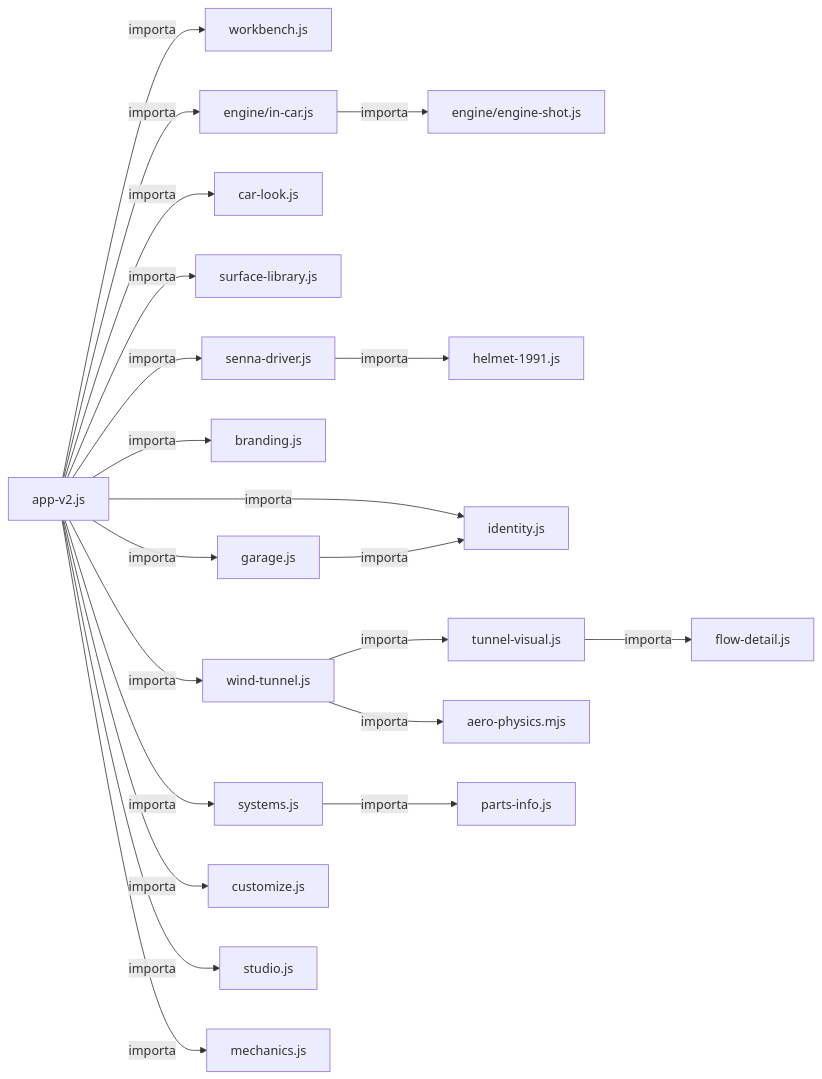
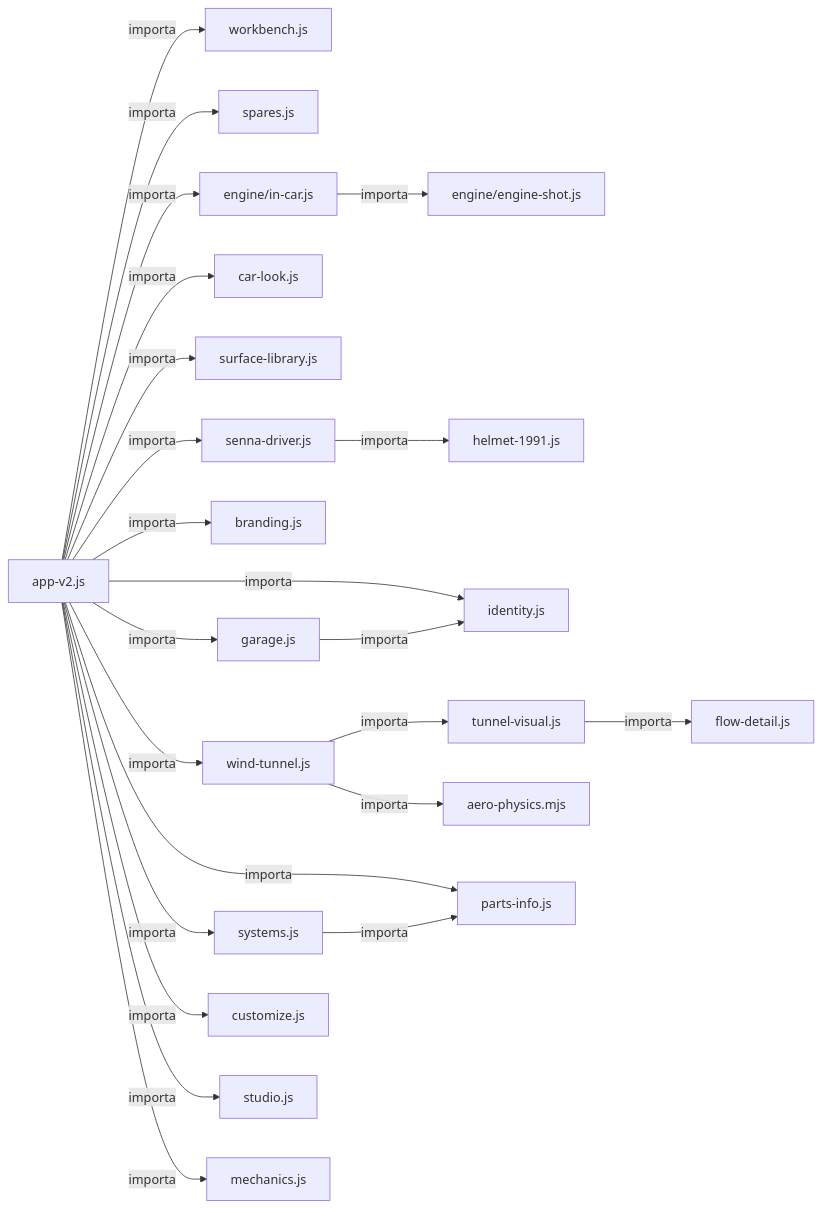
The first of 3 diagrams in docs/mapas/GRAFOS.md (igormorais123/INTEIA-laboratorio-3d), drawn with Mermaid before and after one commit. The commit also changed other lines of this file and 29 other files, not shown here.

````diff
--- a/docs/mapas/GRAFOS.md
+++ b/docs/mapas/GRAFOS.md
@@ -9,43 +9,46 @@
 ```mermaid
 flowchart LR
   n0["aero-physics.mjs"]
   n1["app-v2.js"]
   n2["branding.js"]
   n3["car-look.js"]
   n4["customize.js"]
   n5["engine/engine-shot.js"]
   n6["engine/in-car.js"]
   n7["flow-detail.js"]
   n8["garage.js"]
   n9["helmet-1991.js"]
   n10["identity.js"]
   n11["mechanics.js"]
   n12["parts-info.js"]
   n13["senna-driver.js"]
-  n14["studio.js"]
-  n15["surface-library.js"]
-  n16["systems.js"]
-  n17["tunnel-visual.js"]
-  n18["wind-tunnel.js"]
-  n19["workbench.js"]
-  n1 -->|"importa"| n19
+  n14["spares.js"]
+  n15["studio.js"]
+  n16["surface-library.js"]
+  n17["systems.js"]
+  n18["tunnel-visual.js"]
+  n19["wind-tunnel.js"]
+  n20["workbench.js"]
+  n1 -->|"importa"| n20
+  n1 -->|"importa"| n14
   n1 -->|"importa"| n6
   n1 -->|"importa"| n3
-  n1 -->|"importa"| n15
+  n1 -->|"importa"| n16
   n1 -->|"importa"| n13
   n1 -->|"importa"| n2
   n1 -->|"importa"| n10
   n1 -->|"importa"| n8
-  n1 -->|"importa"| n18
-  n1 -->|"importa"| n16
+  n1 -->|"importa"| n19
+  n1 -->|"importa"| n12
+  n1 -->|"importa"| n17
   n1 -->|"importa"| n4
-  n1 -->|"importa"| n14
+  n1 -->|"importa"| n15
   n1 -->|"importa"| n11
   n6 -->|"importa"| n5
   n8 -->|"importa"| n10
   n13 -->|"importa"| n9
-  n16 -->|"importa"| n12
-  n17 -->|"importa"| n7
-  n18 -->|"importa"| n17
-  n18 -->|"importa"| n0
+  n17 -->|"importa"| n12
+  n18 -->|"importa"| n7
+  n19 -->|"importa"| n18
+  n19 -->|"importa"| n0
 ```
````
